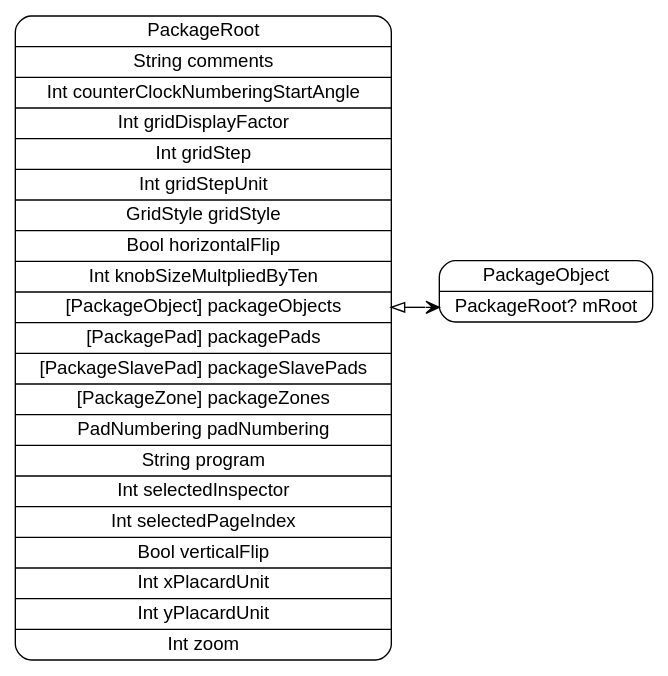
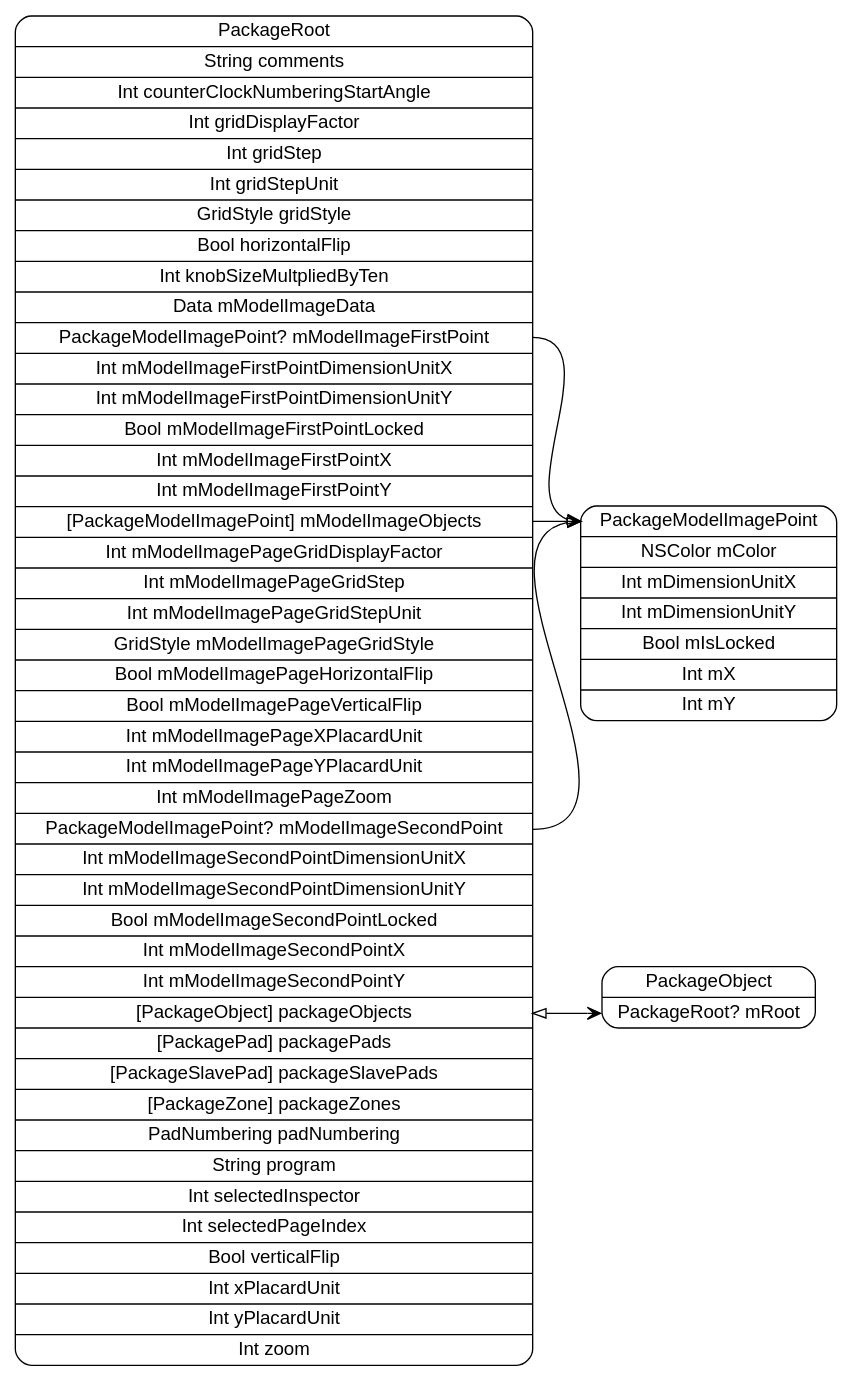
One commit to pierremolinaro/ElCanari-dev changed the diagram in models/PackageRoot.dot. Above: the diagram before and after it, drawn with Graphviz. The commit also changed 30 other files, not shown here.

Commit message:
Package : début « Model Image »

```diff
--- a/models/PackageRoot.dot
+++ b/models/PackageRoot.dot
@@ -1,7 +1,11 @@
 digraph G {
   rankdir=LR ;
   node [shape=record fontname=helvetica style=rounded] ;
-  PackageRoot[label="<PackageRoot>PackageRoot|String comments|Int counterClockNumberingStartAngle|Int gridDisplayFactor|Int gridStep|Int gridStepUnit|GridStyle gridStyle|Bool horizontalFlip|Int knobSizeMultpliedByTen|<packageObjects>[PackageObject] packageObjects|<packagePads>[PackagePad] packagePads|<packageSlavePads>[PackageSlavePad] packageSlavePads|<packageZones>[PackageZone] packageZones|PadNumbering padNumbering|String program|Int selectedInspector|Int selectedPageIndex|Bool verticalFlip|Int xPlacardUnit|Int yPlacardUnit|Int zoom"] ;
+  PackageRoot[label="<PackageRoot>PackageRoot|String comments|Int counterClockNumberingStartAngle|Int gridDisplayFactor|Int gridStep|Int gridStepUnit|GridStyle gridStyle|Bool horizontalFlip|Int knobSizeMultpliedByTen|Data mModelImageData|<mModelImageFirstPoint>PackageModelImagePoint? mModelImageFirstPoint|Int mModelImageFirstPointDimensionUnitX|Int mModelImageFirstPointDimensionUnitY|Bool mModelImageFirstPointLocked|Int mModelImageFirstPointX|Int mModelImageFirstPointY|<mModelImageObjects>[PackageModelImagePoint] mModelImageObjects|Int mModelImagePageGridDisplayFactor|Int mModelImagePageGridStep|Int mModelImagePageGridStepUnit|GridStyle mModelImagePageGridStyle|Bool mModelImagePageHorizontalFlip|Bool mModelImagePageVerticalFlip|Int mModelImagePageXPlacardUnit|Int mModelImagePageYPlacardUnit|Int mModelImagePageZoom|<mModelImageSecondPoint>PackageModelImagePoint? mModelImageSecondPoint|Int mModelImageSecondPointDimensionUnitX|Int mModelImageSecondPointDimensionUnitY|Bool mModelImageSecondPointLocked|Int mModelImageSecondPointX|Int mModelImageSecondPointY|<packageObjects>[PackageObject] packageObjects|<packagePads>[PackagePad] packagePads|<packageSlavePads>[PackageSlavePad] packageSlavePads|<packageZones>[PackageZone] packageZones|PadNumbering padNumbering|String program|Int selectedInspector|Int selectedPageIndex|Bool verticalFlip|Int xPlacardUnit|Int yPlacardUnit|Int zoom"] ;
   PackageObject[label="<PackageObject>PackageObject|<mRoot>PackageRoot? mRoot"] ;
+  PackageModelImagePoint[label="<PackageModelImagePoint>PackageModelImagePoint|NSColor mColor|Int mDimensionUnitX|Int mDimensionUnitY|Bool mIsLocked|Int mX|Int mY"] ;
+  PackageRoot:mModelImageFirstPoint -> PackageModelImagePoint:PackageModelImagePoint [dir=both arrowtail=none arrowhead=onormal] ;
+  PackageRoot:mModelImageObjects -> PackageModelImagePoint:PackageModelImagePoint [dir=both arrowtail=none arrowhead=vee] ;
+  PackageRoot:mModelImageSecondPoint -> PackageModelImagePoint:PackageModelImagePoint [dir=both arrowtail=none arrowhead=onormal] ;
   PackageRoot:packageObjects -> PackageObject:mRoot [dir=both arrowtail=onormal arrowhead=vee] ;
 }
```
